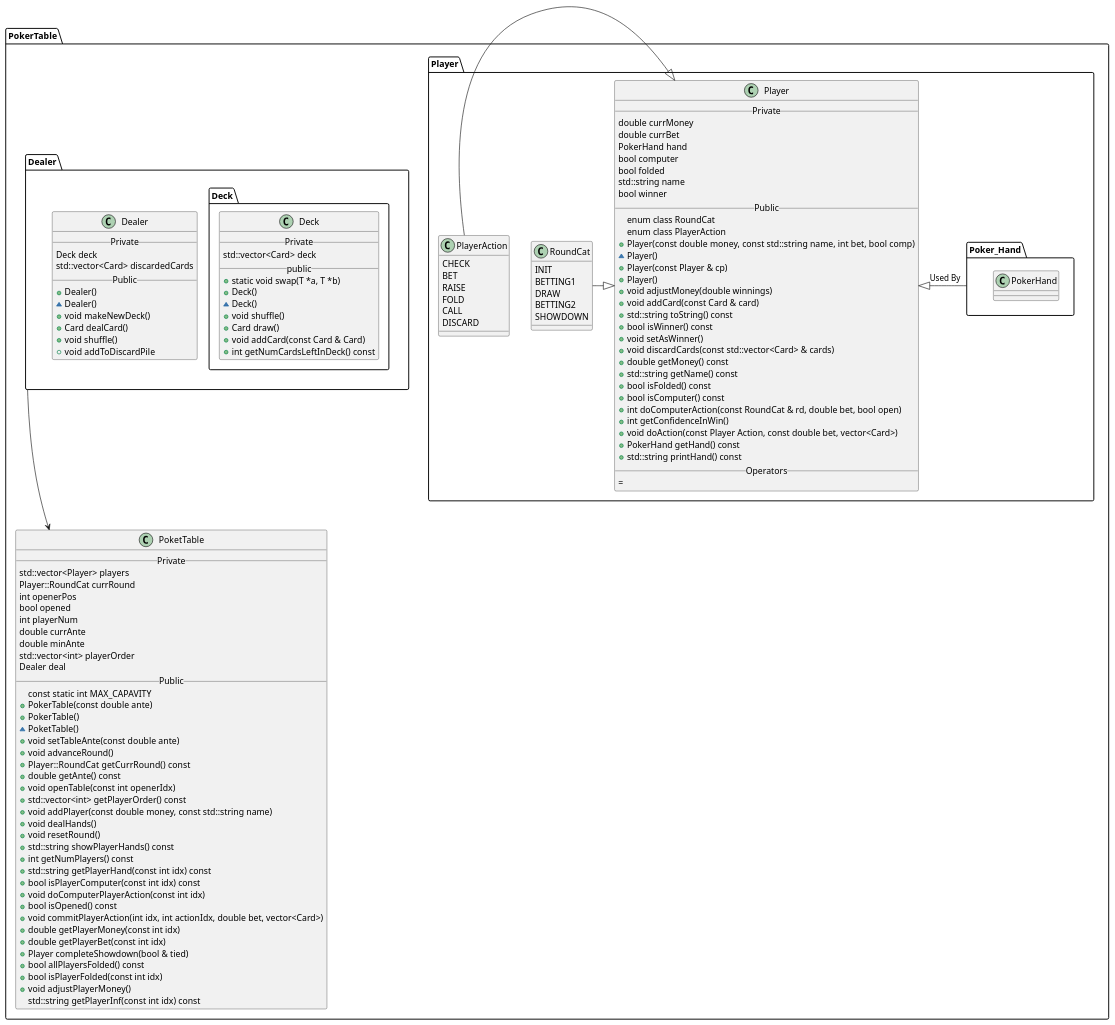
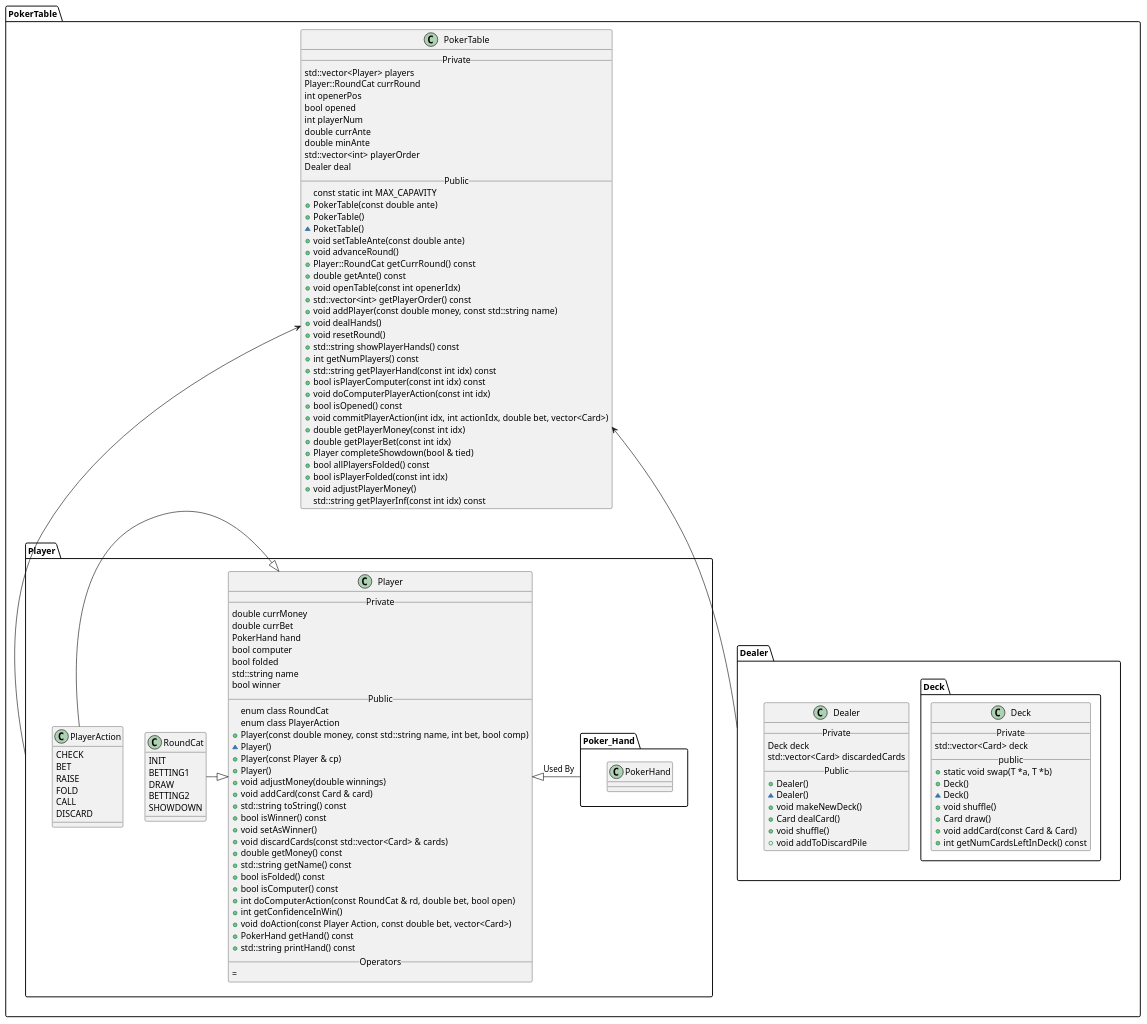
One commit to zacmcnulty123/CPP_grad_school changed the diagram in poker_game/design.puml. Above: the diagram before and after it, drawn with PlantUML.

Commit message:
fixed typos

```diff
--- a/poker_game/design.puml
+++ b/poker_game/design.puml
@@ -1,137 +1,137 @@
 @startuml
 
 package "PokerTable" {
-  class PoketTable {
+  class PokerTable {
     __Private__
     std::vector<Player> players
     Player::RoundCat currRound
     int openerPos
     bool opened
     int playerNum
     double currAnte
     double minAnte
     std::vector<int> playerOrder
     Dealer deal
     __Public__
     const static int MAX_CAPAVITY
     +PokerTable(const double ante)
     +PokerTable()
     ~PoketTable()
     +void setTableAnte(const double ante)
     +void advanceRound()
     +Player::RoundCat  getCurrRound() const
     +double getAnte() const
     +void openTable(const int openerIdx)
     +std::vector<int> getPlayerOrder() const
     +void addPlayer(const double money, const std::string name)
     +void dealHands()
     +void resetRound()
     +std::string showPlayerHands() const
     +int getNumPlayers() const
     +std::string getPlayerHand(const int idx) const
     +bool isPlayerComputer(const int idx) const
     +void doComputerPlayerAction(const int idx)
     +bool isOpened() const
     +void commitPlayerAction(int idx, int actionIdx, double bet, vector<Card>)
     +double getPlayerMoney(const int idx)
     +double getPlayerBet(const int idx)
     +Player completeShowdown(bool & tied)
     +bool allPlayersFolded() const
     +bool isPlayerFolded(const int idx)
     +void adjustPlayerMoney()
     std::string getPlayerInf(const int idx) const
   }
 
 
   package "Player" {
     class Player {
       __Private__
       double currMoney
       double currBet
       PokerHand hand
       bool computer
       bool folded
       std::string name
       bool winner
       __Public__
       enum class RoundCat
       enum class PlayerAction
       +Player(const double money, const std::string name, int bet, bool comp)
       ~Player()
       +Player(const Player & cp)
       +Player()
       +void adjustMoney(double winnings)
       +void addCard(const Card & card)
       +std::string toString() const
       +bool isWinner() const
       +void setAsWinner()
       +void discardCards(const std::vector<Card> & cards)
       +double getMoney() const
       +std::string getName() const
       +bool isFolded() const
       +bool isComputer() const
       +int doComputerAction(const RoundCat & rd, double bet, bool open)
       +int getConfidenceInWin()
       +void doAction(const Player Action, const double bet, vector<Card>)
       +PokerHand getHand() const
       +std::string printHand() const
       __Operators__
       =
     }
     class RoundCat {
       INIT
       BETTING1
       DRAW
       BETTING2
       SHOWDOWN
     }
     RoundCat -|> Player
 
     class PlayerAction {
       CHECK
       BET
       RAISE
       FOLD
       CALL
       DISCARD
     }
     PlayerAction -|> Player
     package "Poker_Hand" {
       class PokerHand {
 
       }
     }
     Poker_Hand -|> Player : Used By
   }
   package "Dealer" {
     class Dealer {
       __Private__
       Deck deck
       std::vector<Card> discardedCards
       __Public__
       +Dealer()
       ~Dealer()
       +void makeNewDeck()
       +Card dealCard()
       +void shuffle()
       +void addToDiscardPile
     }
     package "Deck" {
       class Deck {
       __Private__
       std::vector<Card> deck
       __public__
       +static void swap(T *a, T *b)
       +Deck()
       ~Deck()
       +void shuffle()
       +Card draw()
       +void addCard(const Card & Card)
       +int getNumCardsLeftInDeck() const
     }
     }
   }
-  Dealer -d-> PoketTable
-  
+  Dealer -u-> PokerTable
+  Player -u-> PokerTable
 }
 @enduml
```
